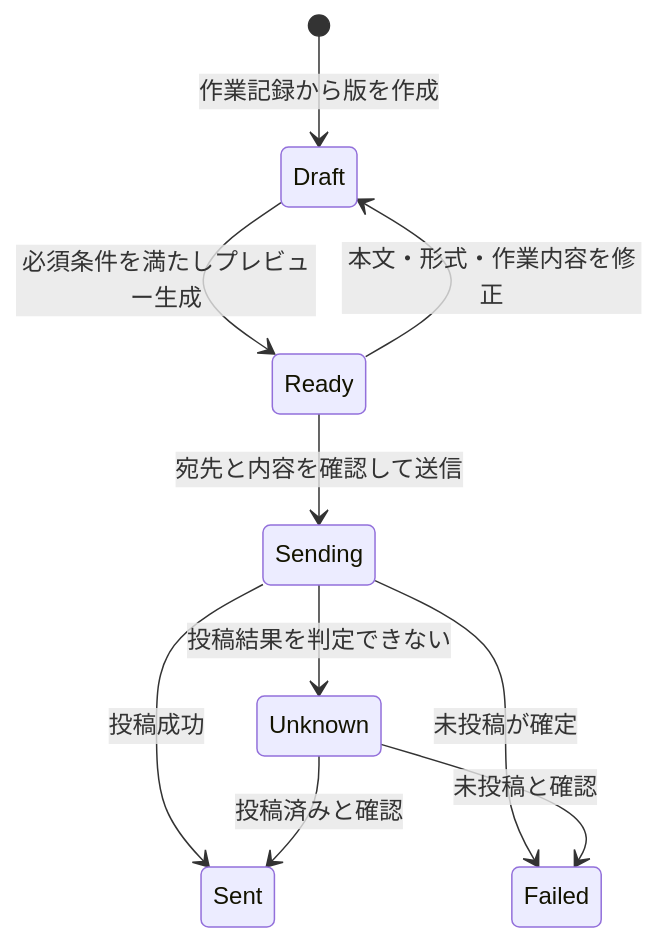
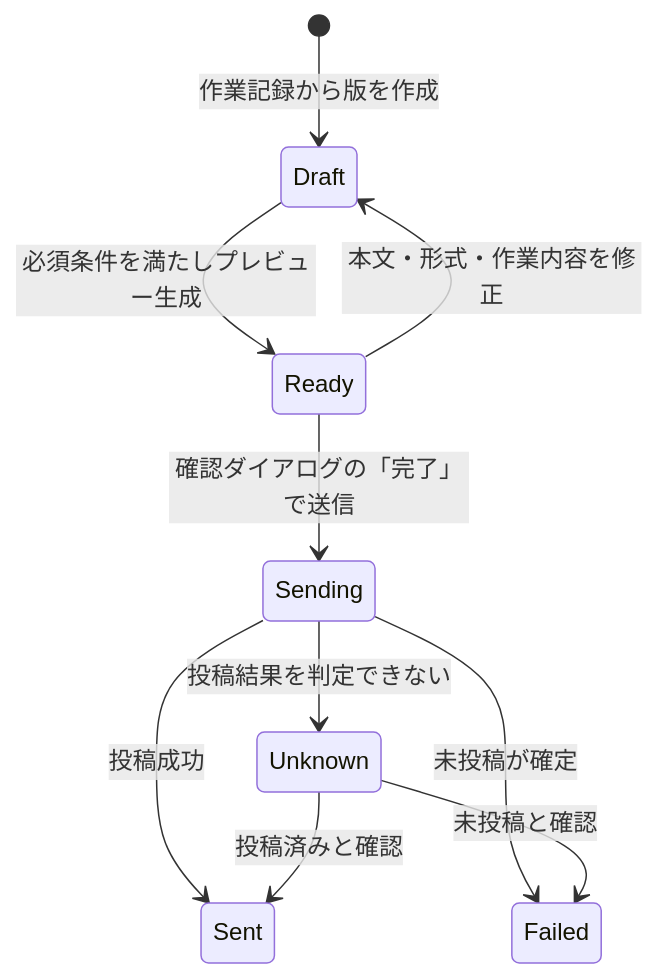
One commit to nto300002/kiiya-cleaning-checker changed the second of 4 diagrams in docs/state-transitions.md. Above: the diagram before and after it, drawn with Mermaid. The commit also changed other lines of this file and 2 other files, not shown here.

````diff
--- a/docs/state-transitions.md
+++ b/docs/state-transitions.md
@@ -64,12 +74,12 @@
 ```mermaid
 stateDiagram-v2
     [*] --> Draft: 作業記録から版を作成
     Draft --> Ready: 必須条件を満たしプレビュー生成
     Ready --> Draft: 本文・形式・作業内容を修正
-    Ready --> Sending: 宛先と内容を確認して送信
+    Ready --> Sending: 確認ダイアログの「完了」で送信
     Sending --> Sent: 投稿成功
     Sending --> Failed: 未投稿が確定
     Sending --> Unknown: 投稿結果を判定できない
     Unknown --> Sent: 投稿済みと確認
     Unknown --> Failed: 未投稿と確認
 ```
````
